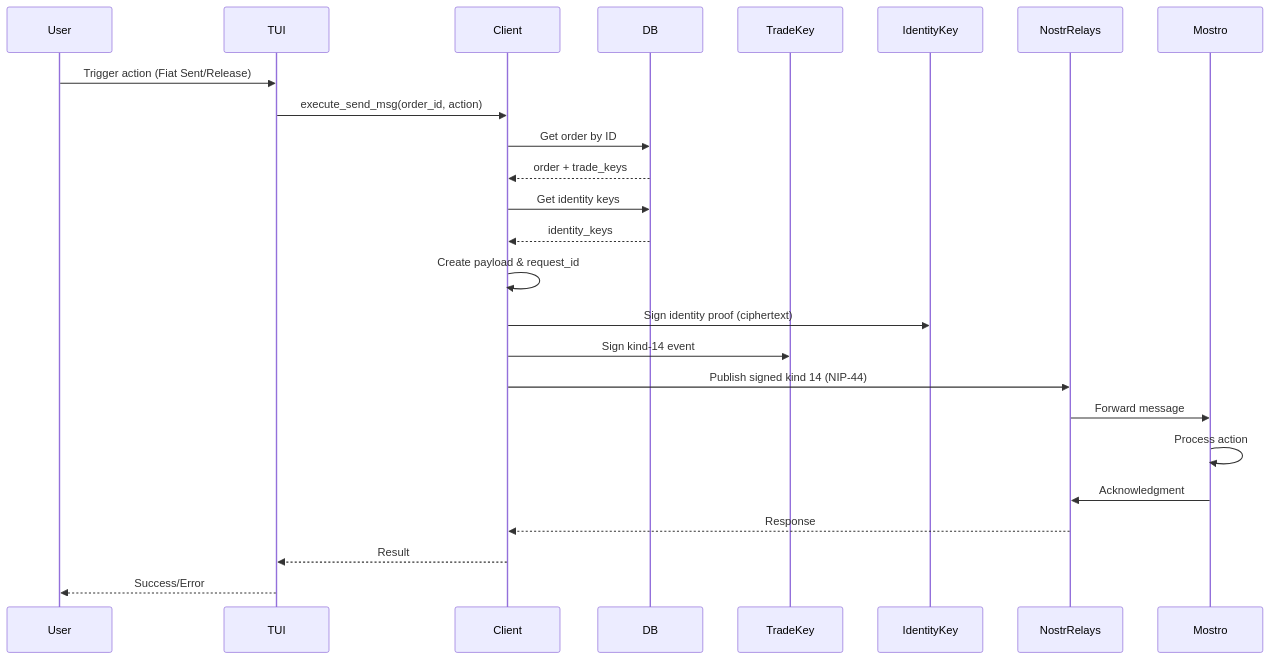
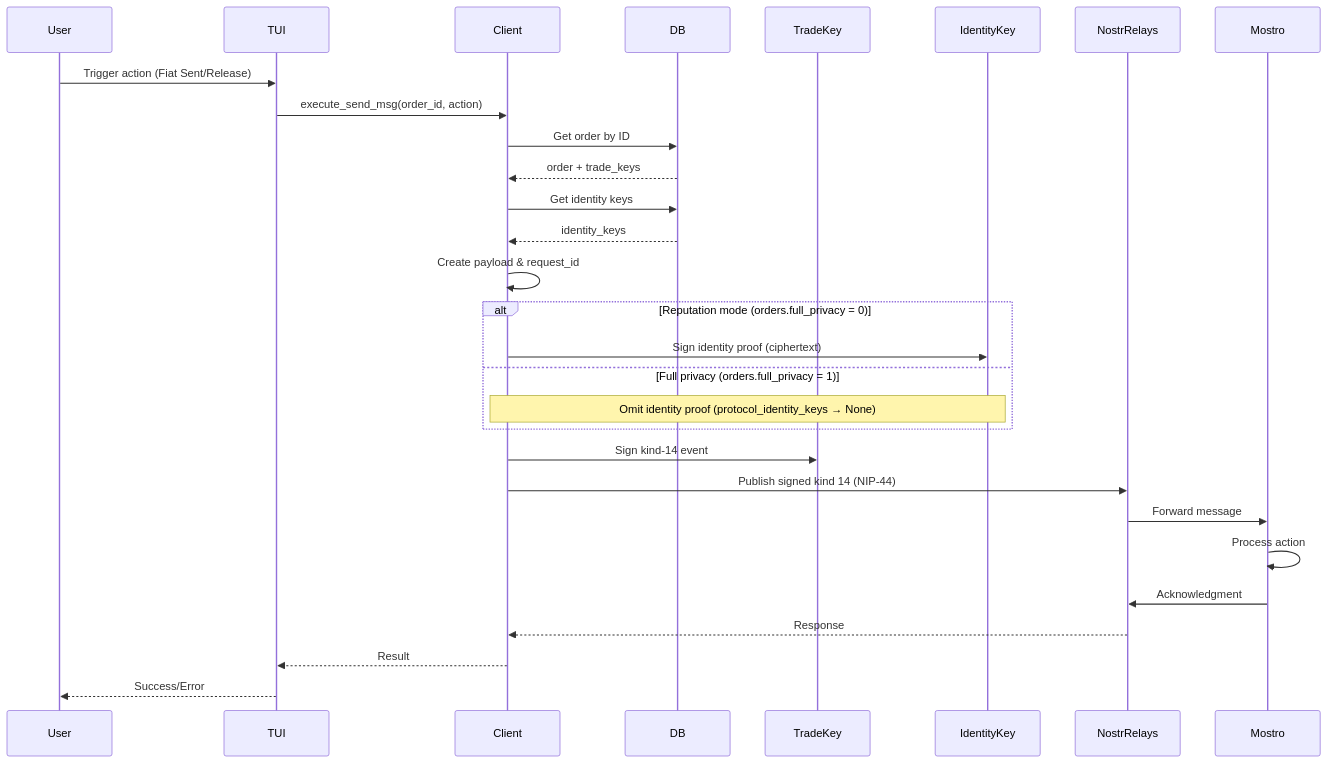
One commit to MostroP2P/mostrix changed the fourth of 7 diagrams in docs/MESSAGE_FLOW_AND_PROTOCOL.md. Above: the diagram before and after it, drawn with Mermaid. The commit also changed other lines of this file and 12 other files, not shown here.

````diff
--- a/docs/MESSAGE_FLOW_AND_PROTOCOL.md
+++ b/docs/MESSAGE_FLOW_AND_PROTOCOL.md
@@ -363,28 +367,32 @@
 ```mermaid
 sequenceDiagram
     participant User
     participant TUI
     participant Client
     participant DB
     participant TradeKey
     participant IdentityKey
     participant NostrRelays
     participant Mostro
 
     User->>TUI: Trigger action (Fiat Sent/Release)
     TUI->>Client: execute_send_msg(order_id, action)
     Client->>DB: Get order by ID
     DB-->>Client: order + trade_keys
     Client->>DB: Get identity keys
     DB-->>Client: identity_keys
     Client->>Client: Create payload & request_id
-    Client->>IdentityKey: Sign identity proof (ciphertext)
+    alt Reputation mode (orders.full_privacy = 0)
+        Client->>IdentityKey: Sign identity proof (ciphertext)
+    else Full privacy (orders.full_privacy = 1)
+        Note over Client,IdentityKey: Omit identity proof (protocol_identity_keys → None)
+    end
     Client->>TradeKey: Sign kind-14 event
     Client->>NostrRelays: Publish signed kind 14 (NIP-44)
     NostrRelays->>Mostro: Forward message
     Mostro->>Mostro: Process action
     Mostro->>NostrRelays: Acknowledgment
     NostrRelays-->>Client: Response
     Client-->>TUI: Result
     TUI-->>User: Success/Error
 ```
````
